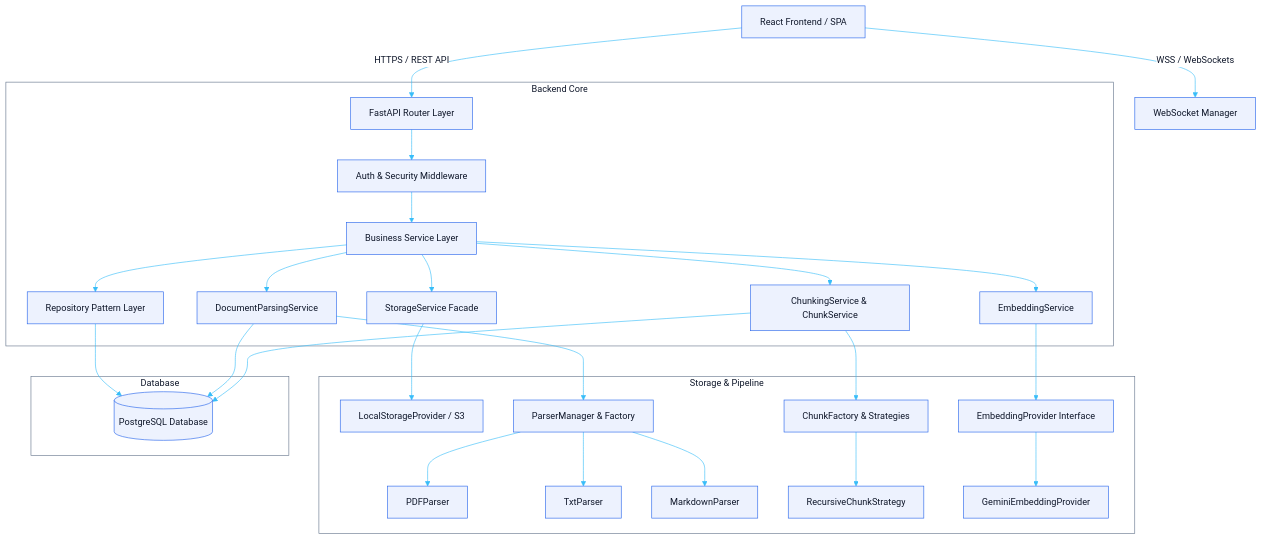
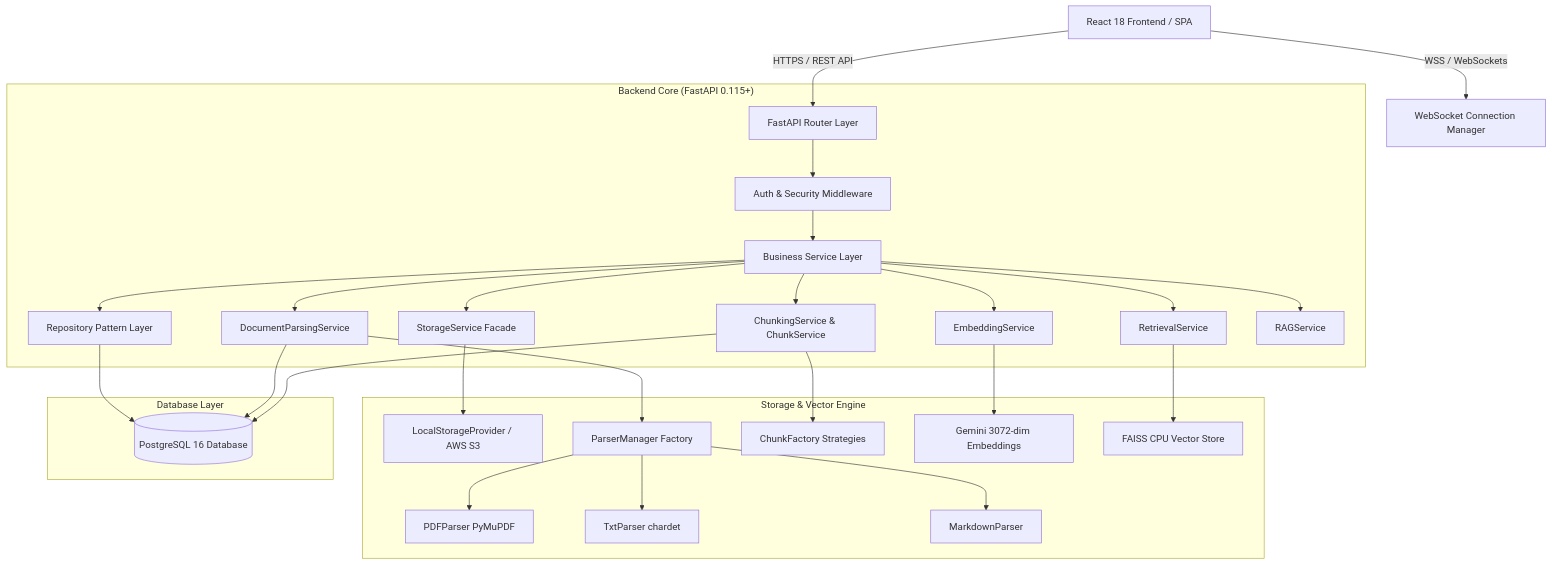
Before and after one commit to joshi-chinmay-016/SkillSwap: the diagram in README.md, drawn with Mermaid. The commit also changed other lines of this file and 32 other files, not shown here.

Commit message:
update readme with architectural diagrams

````diff
--- a/README.md
+++ b/README.md
@@ -114,73 +54,35 @@
 ```mermaid
-%%{init: {
-  "theme": "base",
-  "themeVariables": {
-    "primaryColor": "#EDF2FE",
-    "primaryBorderColor": "#2563EB",
-    "primaryTextColor": "#0F172A",
-    "secondaryColor": "#EDF2FE",
-    "secondaryBorderColor": "#2563EB",
-    "secondaryTextColor": "#0F172A",
-    "tertiaryColor": "#FFFFFF",
-    "tertiaryBorderColor": "#64748B",
-    "tertiaryTextColor": "#0F172A",
-    "lineColor": "#38BDF8",
-    "textColor": "#0F172A",
-    "nodeTextColor": "#0F172A",
-    "mainBkg": "#EDF2FE",
-    "nodeBorder": "#2563EB",
-    "clusterBkg": "#FFFFFF",
-    "clusterBorder": "#64748B",
-    "defaultLinkColor": "#38BDF8",
-    "titleColor": "#0F172A",
-    "edgeLabelBackground": "#FFFFFF",
-    "actorBkg": "#EDF2FE",
-    "actorBorder": "#2563EB",
-    "actorTextColor": "#0F172A",
-    "actorLineColor": "#38BDF8",
-    "signalColor": "#38BDF8",
-    "signalTextColor": "#38BDF8",
-    "sequenceNumberColor": "#38BDF8",
-    "labelBoxBkgColor": "#EDF2FE",
-    "labelBoxBorderColor": "#2563EB",
-    "labelTextColor": "#0F172A",
-    "loopTextColor": "#38BDF8",
-    "noteBkgColor": "#EDF2FE",
-    "noteTextColor": "#0F172A",
-    "noteBorderColor": "#2563EB",
-    "fontSize": "15px"
-  }
-}}%%
 graph TD
-    Client[React Frontend / SPA] -->|HTTPS / REST API| Router[FastAPI Router Layer]
-    Client -->|WSS / WebSockets| WS[WebSocket Manager]
+    Client["React 18 Frontend / SPA"] -->|HTTPS / REST API| Router["FastAPI Router Layer"]
+    Client -->|WSS / WebSockets| WS["WebSocket Connection Manager"]
     
-    subgraph Backend Core
-        Router --> Auth[Auth & Security Middleware]
-        Auth --> Service[Business Service Layer]
-        Service --> Repo[Repository Pattern Layer]
+    subgraph Core ["Backend Core (FastAPI 0.115+)"]
+        Router --> Auth["Auth & Security Middleware"]
+        Auth --> Service["Business Service Layer"]
+        Service --> Repo["Repository Pattern Layer"]
         
-        Service --> StorageSvc[StorageService Facade]
-        Service --> ParseSvc[DocumentParsingService]
-        Service --> ChunkingSvc[ChunkingService & ChunkService]
-        Service --> EmbedSvc[EmbeddingService]
+        Service --> StorageSvc["StorageService Facade"]
+        Service --> ParseSvc["DocumentParsingService"]
+        Service --> ChunkingSvc["ChunkingService & ChunkService"]
+        Service --> EmbedSvc["EmbeddingService"]
+        Service --> RetrievalSvc["RetrievalService"]
+        Service --> RAGSvc["RAGService"]
     end
     
-    subgraph Storage & Pipeline
-        StorageSvc --> StorageProv[LocalStorageProvider / S3]
-        ParseSvc --> ParserMgr[ParserManager & Factory]
-        ParserMgr --> PDFP[PDFParser]
-        ParserMgr --> TXTP[TxtParser]
-        ParserMgr --> MDP[MarkdownParser]
-        ChunkingSvc --> ChunkFactory[ChunkFactory & Strategies]
-        ChunkFactory --> RecursiveStrat[RecursiveChunkStrategy]
-        EmbedSvc --> EmbedProvider[EmbeddingProvider Interface]
-        EmbedProvider --> GeminiEmbed[GeminiEmbeddingProvider]
+    subgraph Storage ["Storage & Vector Engine"]
+        StorageSvc --> StorageProv["LocalStorageProvider / AWS S3"]
+        ParseSvc --> ParserMgr["ParserManager Factory"]
+        ParserMgr --> PDFP["PDFParser PyMuPDF"]
+        ParserMgr --> TXTP["TxtParser chardet"]
+        ParserMgr --> MDP["MarkdownParser"]
+        ChunkingSvc --> ChunkFactory["ChunkFactory Strategies"]
+        EmbedSvc --> GeminiEmbed["Gemini 3072-dim Embeddings"]
+        RetrievalSvc --> FAISS["FAISS CPU Vector Store"]
     end
     
-    subgraph Database
-        Repo --> DB[(PostgreSQL Database)]
+    subgraph Database ["Database Layer"]
+        Repo --> DB[("PostgreSQL 16 Database")]
         ParseSvc --> DB
         ChunkingSvc --> DB
     end
 ```
````
